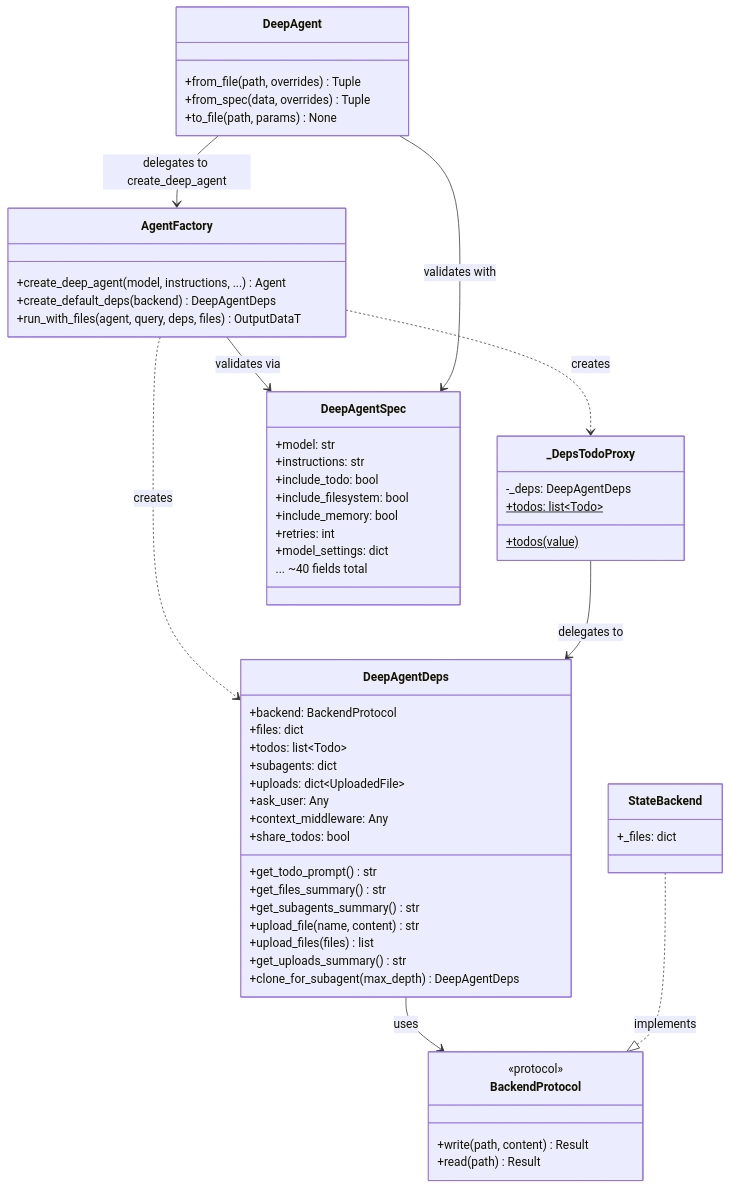
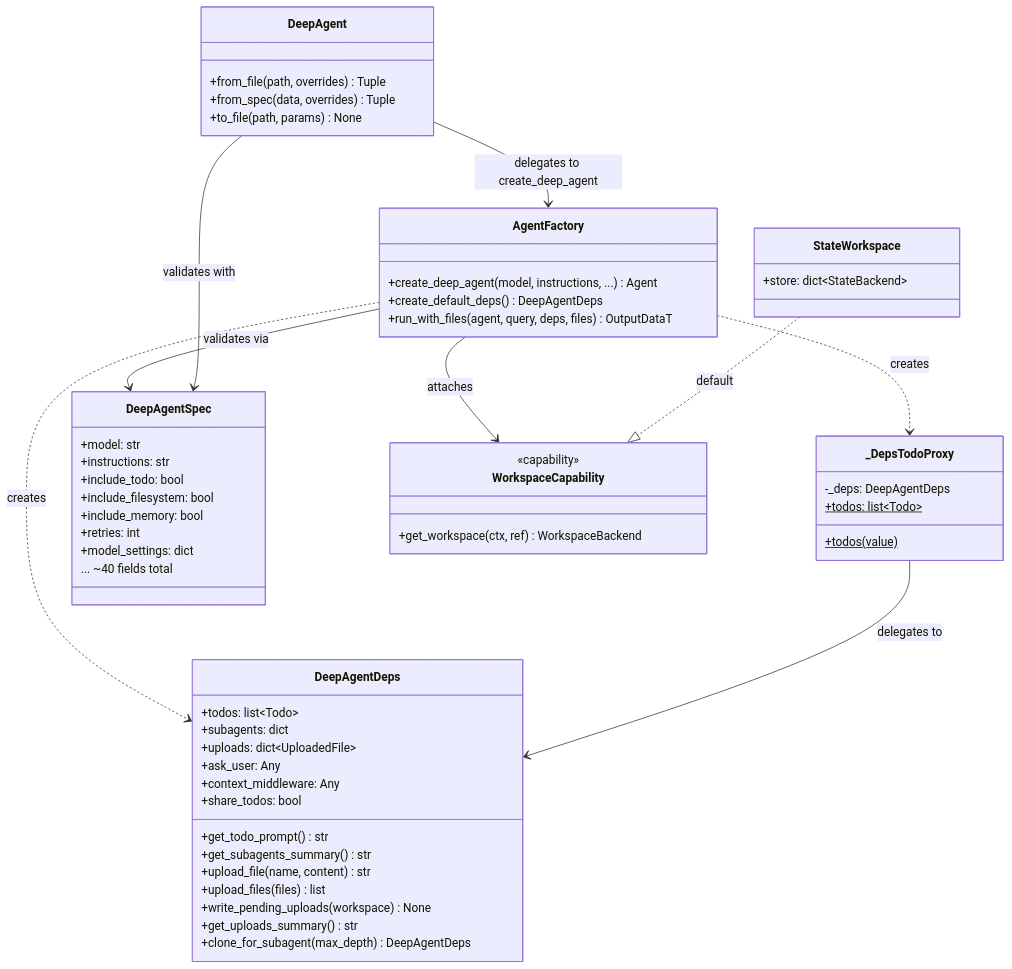
One commit to vstorm-co/pydantic-deepagents changed the diagram in docs/c4/4a-deep-dive-agent-factory.md. Above: the diagram before and after it, drawn with Mermaid. The commit also changed other lines of this file and 68 other files, not shown here.

````diff
--- a/docs/c4/4a-deep-dive-agent-factory.md
+++ b/docs/c4/4a-deep-dive-agent-factory.md
@@ -588,68 +575,65 @@
 ```mermaid
 classDiagram
     class AgentFactory {
         +create_deep_agent(model, instructions, ...) Agent
-        +create_default_deps(backend) DeepAgentDeps
+        +create_default_deps() DeepAgentDeps
         +run_with_files(agent, query, deps, files) OutputDataT
     }
 
     class _DepsTodoProxy {
         -_deps: DeepAgentDeps
         +todos: list~Todo~ $
         +todos(value) $
     }
 
     class DeepAgentDeps {
-        +backend: BackendProtocol
-        +files: dict
         +todos: list~Todo~
         +subagents: dict
         +uploads: dict~UploadedFile~
         +ask_user: Any
         +context_middleware: Any
         +share_todos: bool
         +get_todo_prompt() str
-        +get_files_summary() str
         +get_subagents_summary() str
         +upload_file(name, content) str
         +upload_files(files) list
+        +write_pending_uploads(workspace) None
         +get_uploads_summary() str
         +clone_for_subagent(max_depth) DeepAgentDeps
     }
 
     class DeepAgentSpec {
         +model: str
         +instructions: str
         +include_todo: bool
         +include_filesystem: bool
         +include_memory: bool
         +retries: int
         +model_settings: dict
         ... ~40 fields total
     }
 
     class DeepAgent {
         +from_file(path, overrides) Tuple
         +from_spec(data, overrides) Tuple
         +to_file(path, params) None
     }
 
-    class BackendProtocol {
-        <<protocol>>
-        +write(path, content) Result
-        +read(path) Result
+    class WorkspaceCapability {
+        <<capability>>
+        +get_workspace(ctx, ref) WorkspaceBackend
     }
 
-    class StateBackend {
-        +_files: dict
+    class StateWorkspace {
+        +store: dict~StateBackend~
     }
 
     AgentFactory ..> _DepsTodoProxy : creates
     AgentFactory ..> DeepAgentDeps : creates
     AgentFactory --> DeepAgentSpec : validates via
     DeepAgent --> DeepAgentSpec : validates with
     DeepAgent --> AgentFactory : delegates to create_deep_agent
     _DepsTodoProxy --> DeepAgentDeps : delegates to
-    DeepAgentDeps --> BackendProtocol : uses
-    StateBackend ..|> BackendProtocol : implements
+    AgentFactory --> WorkspaceCapability : attaches
+    StateWorkspace ..|> WorkspaceCapability : default
 ```
````
